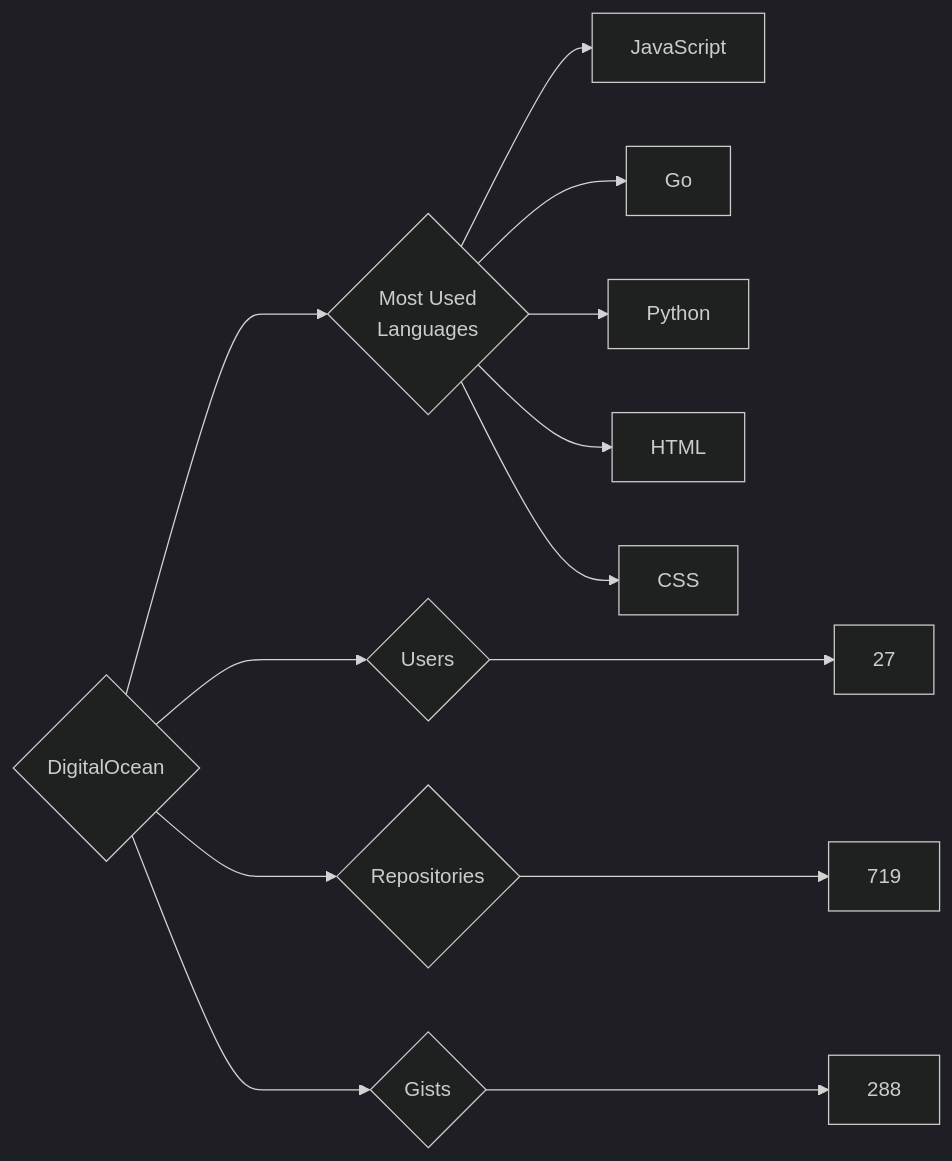
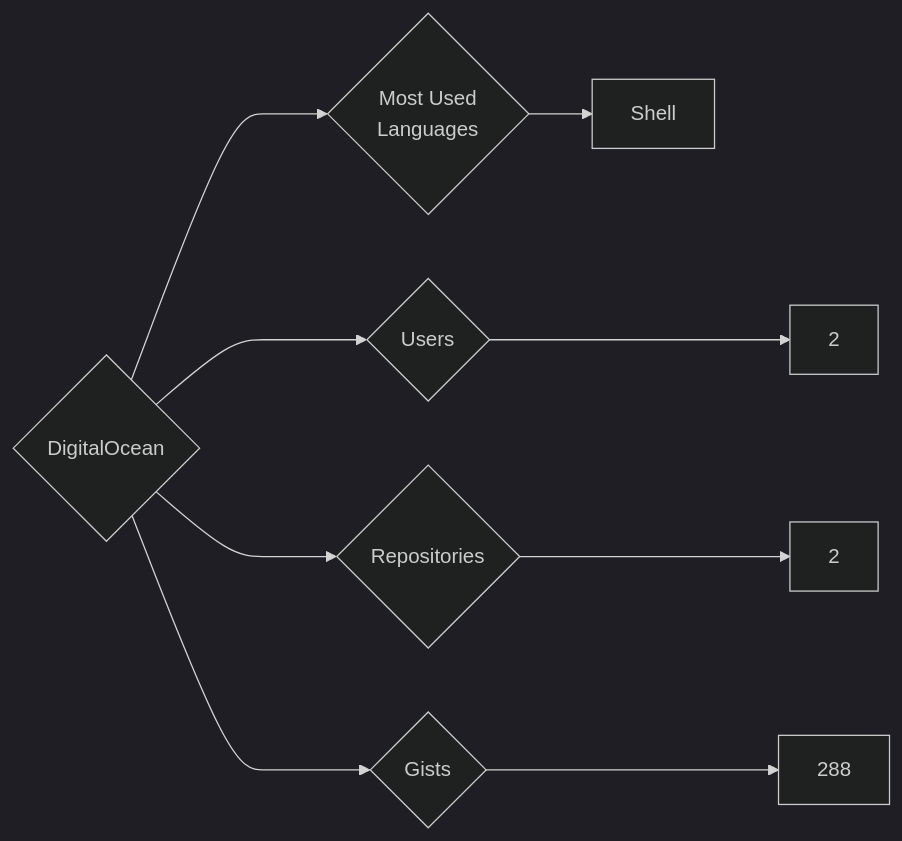
One commit to trickest/insiders changed the diagram in targets/DigitalOcean/README.md. Above: the diagram before and after it, drawn with Mermaid (dark theme). The commit also changed 934 other files, not shown here.

````diff
--- a/targets/DigitalOcean/README.md
+++ b/targets/DigitalOcean/README.md
@@ -3,13 +3,9 @@
 ```mermaid
 graph LR
 COMPANY_NAME{DigitalOcean}
-COMPANY_NAME ---> U{Users} ---> UN[27]
-COMPANY_NAME ---> R{Repositories} ---> RN[719]
+COMPANY_NAME ---> U{Users} ---> UN[2]
+COMPANY_NAME ---> R{Repositories} ---> RN[2]
 COMPANY_NAME ---> G{Gists} ---> GN[288]
 COMPANY_NAME ---> ML{Most Used<br>Languages}
-ML --> JavaScript[JavaScript]
-ML --> Go[Go]
-ML --> Python[Python]
-ML --> HTML[HTML]
-ML --> CSS[CSS]
+ML --> Shell[Shell]
 ```
````
